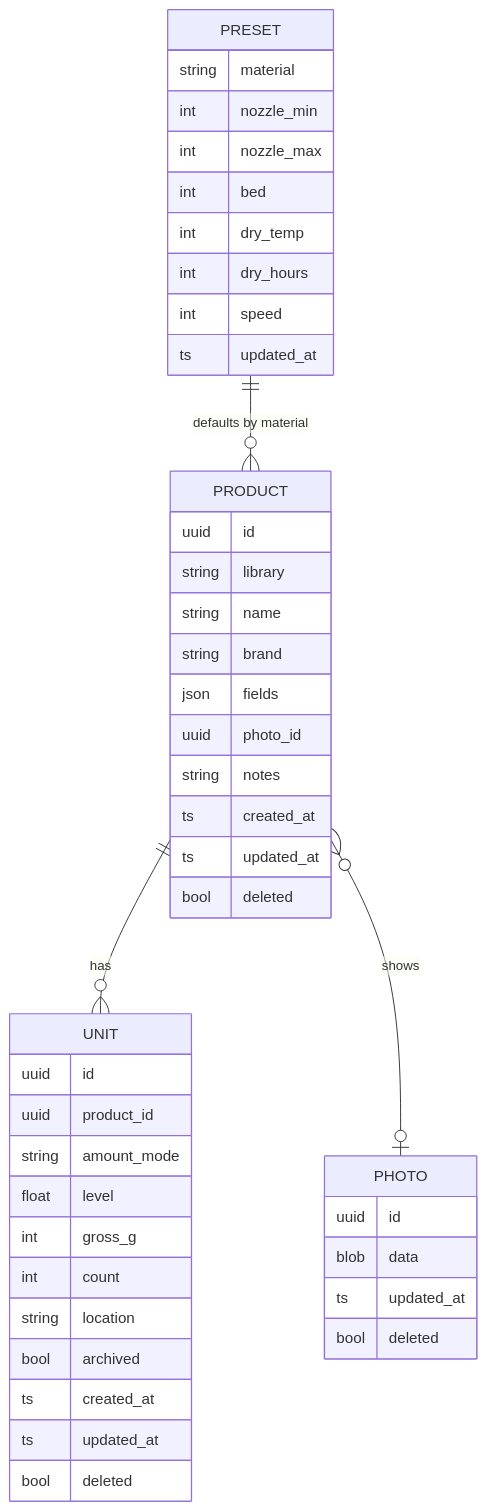
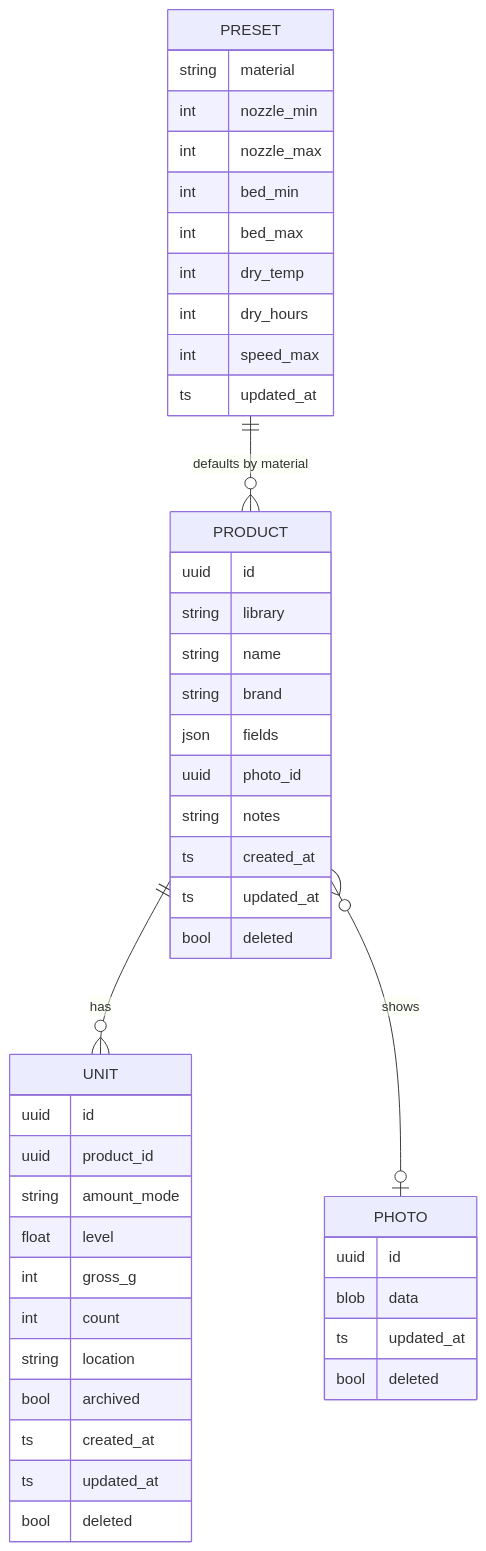
Before and after one commit to HCoel/spool-library: the second of 4 diagrams in docs/superpowers/specs/2026-10-12-spool-library-design.md, drawn with Mermaid. The commit also changed other lines of this file, not shown here.

Commit message:
Spec: support materials, wood finish, bed temp range

````diff
--- a/docs/superpowers/specs/2026-10-12-spool-library-design.md
+++ b/docs/superpowers/specs/2026-10-12-spool-library-design.md
@@ -99,47 +99,48 @@
 ```mermaid
 erDiagram
     PRODUCT ||--o{ UNIT : has
     PRODUCT }o--o| PHOTO : shows
     PRESET ||--o{ PRODUCT : "defaults by material"
     PRODUCT {
         uuid id
         string library
         string name
         string brand
         json fields
         uuid photo_id
         string notes
         ts created_at
         ts updated_at
         bool deleted
     }
     UNIT {
         uuid id
         uuid product_id
         string amount_mode
         float level
         int gross_g
         int count
         string location
         bool archived
         ts created_at
         ts updated_at
         bool deleted
     }
     PRESET {
         string material
         int nozzle_min
         int nozzle_max
-        int bed
+        int bed_min
+        int bed_max
         int dry_temp
         int dry_hours
-        int speed
+        int speed_max
         ts updated_at
     }
     PHOTO {
         uuid id
         blob data
         ts updated_at
         bool deleted
     }
 ```
````
